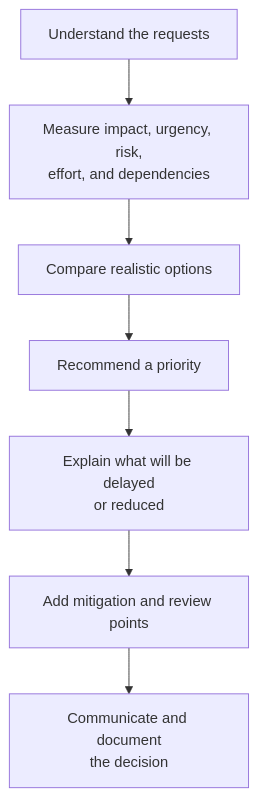
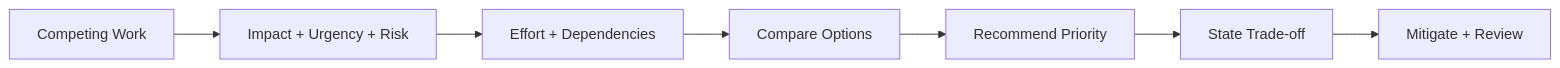
One commit to AvadhBhalodiya/Interview-Preparation changed the first of 8 diagrams in src/content/behavioral/prioritization-tradeoffs.md. Above: the diagram before and after it, drawn with Mermaid. The commit also changed other lines of this file and 54 other files, not shown here.

````diff
--- a/src/content/behavioral/prioritization-tradeoffs.md
+++ b/src/content/behavioral/prioritization-tradeoffs.md
@@ -21,9 +21,9 @@
 ```mermaid
-flowchart TD
-    A[Understand the requests] --> B["Measure impact, urgency, risk,<br/>effort, and dependencies"]
-    B --> C[Compare realistic options]
-    C --> D[Recommend a priority]
-    D --> E["Explain what will be delayed<br/>or reduced"]
-    E --> F[Add mitigation and review points]
-    F --> G["Communicate and document<br/>the decision"]
+flowchart LR
+    A[Competing Work] --> B["Impact + Urgency + Risk"]
+    B --> C["Effort + Dependencies"]
+    C --> D[Compare Options]
+    D --> E[Recommend Priority]
+    E --> F["State Trade-off"]
+    F --> G["Mitigate + Review"]
 ```
````
